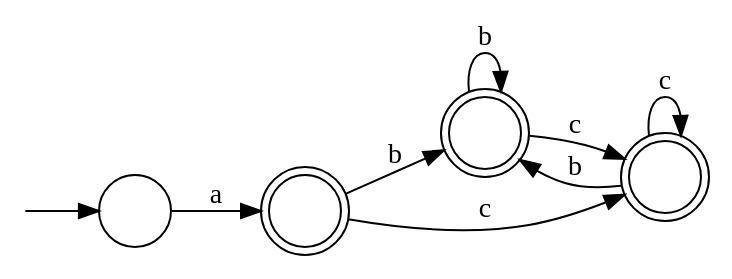
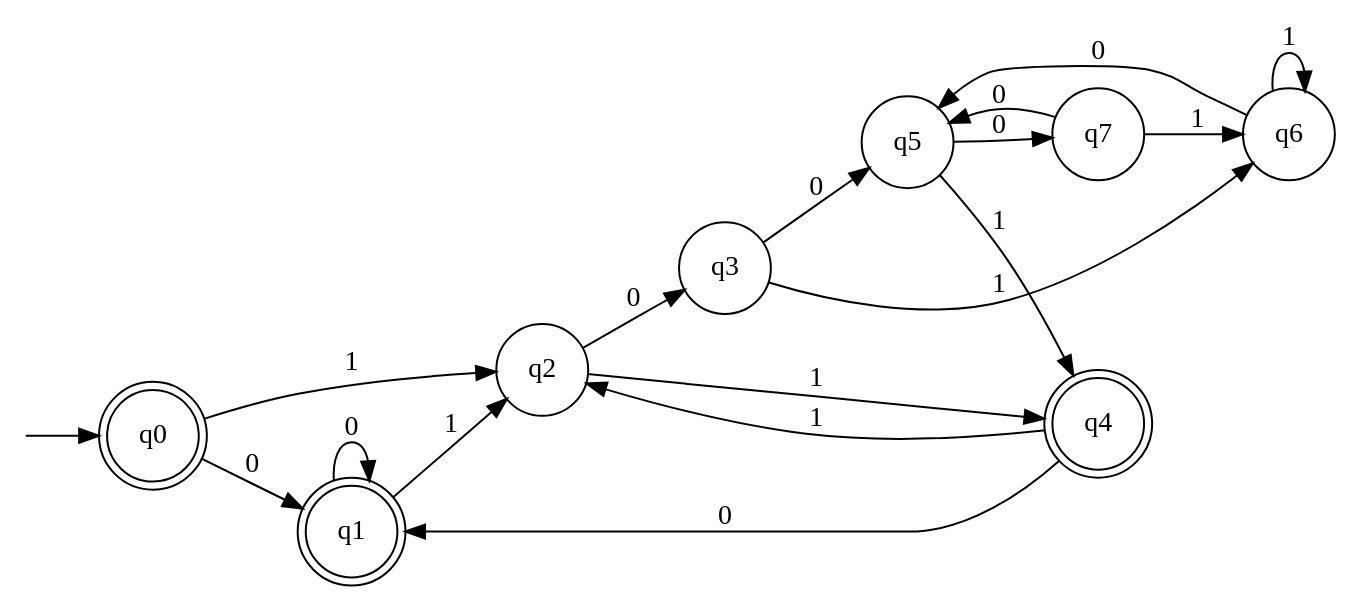
One commit to water-mizuu/finite_automata_conversion changed the diagram in dfa.dot. Above: the diagram before and after it, drawn with Graphviz. The commit also changed 10 other files, not shown here.

```diff
--- a/dfa.dot
+++ b/dfa.dot
@@ -1,16 +1,29 @@
 digraph G {
   rankdir=LR;
   n__ [label="" shape=none width=.0];
-  0 [shape=circle label=""]
-  1 [shape=doublecircle label=""]
-  2 [shape=doublecircle label=""]
-  3 [shape=doublecircle label=""]
+  0 [shape=doublecircle label="q0"]
+  1 [shape=doublecircle label="q1"]
+  2 [shape=circle label="q2"]
+  3 [shape=circle label="q3"]
+  4 [shape=doublecircle label="q4"]
+  5 [shape=circle label="q5"]
+  6 [shape=circle label="q6"]
+  7 [shape=circle label="q7"]
   n__ -> 0;
-  0 -> 1 [label="a"]
-  1 -> 2 [label="b"]
-  1 -> 3 [label="c"]
-  2 -> 2 [label="b"]
-  2 -> 3 [label="c"]
-  3 -> 2 [label="b"]
-  3 -> 3 [label="c"]
+  0 -> 1 [label="0"]
+  0 -> 2 [label="1"]
+  1 -> 1 [label="0"]
+  1 -> 2 [label="1"]
+  2 -> 3 [label="0"]
+  2 -> 4 [label="1"]
+  3 -> 5 [label="0"]
+  3 -> 6 [label="1"]
+  4 -> 1 [label="0"]
+  4 -> 2 [label="1"]
+  5 -> 7 [label="0"]
+  5 -> 4 [label="1"]
+  6 -> 5 [label="0"]
+  6 -> 6 [label="1"]
+  7 -> 5 [label="0"]
+  7 -> 6 [label="1"]
 }
```
